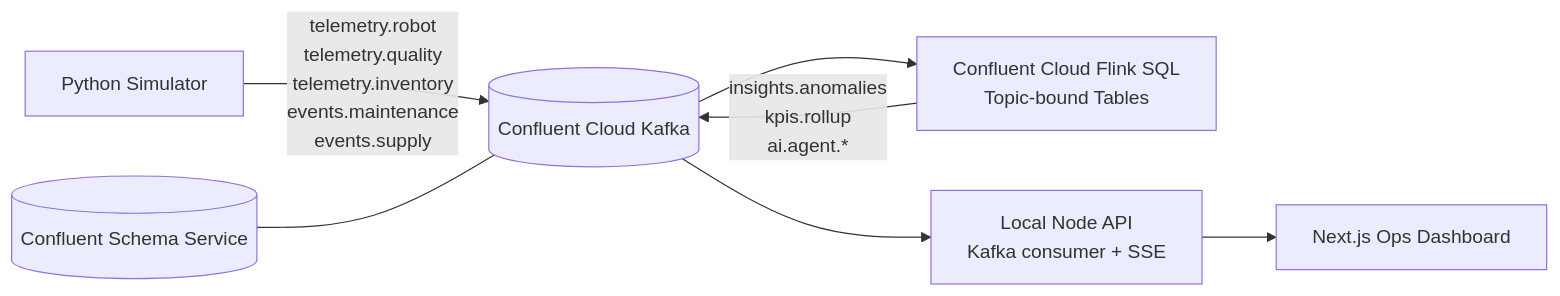
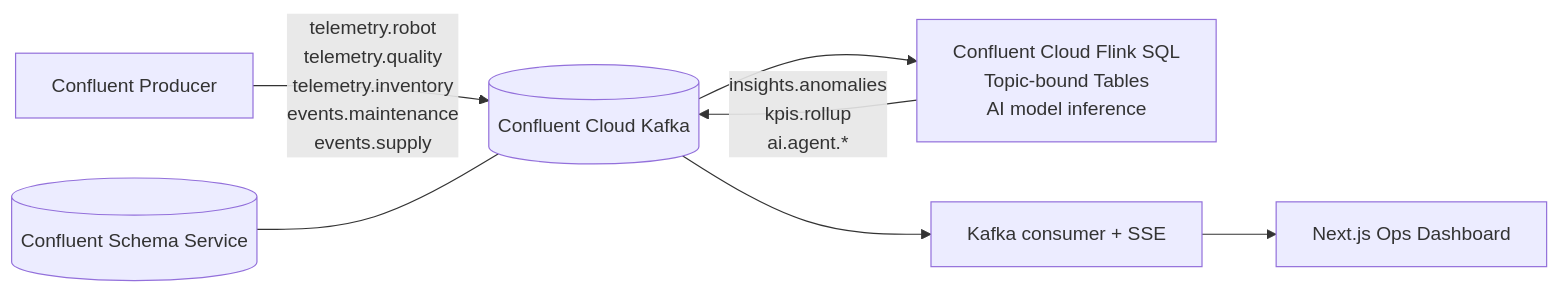
The diagram in README.md (ikartikk/confluent-ami), drawn with Mermaid before and after one commit. The commit also changed other lines of this file, not shown here.

Commit message:
push readme

````diff
--- a/README.md
+++ b/README.md
@@ -7,9 +7,9 @@
 ```mermaid
 flowchart LR
-  SIM[Python Simulator] -->|telemetry.robot<br/>telemetry.quality<br/>telemetry.inventory<br/>events.maintenance<br/>events.supply| KAFKA[(Confluent Cloud Kafka)]
-  KAFKA --> FLINK[Confluent Cloud Flink SQL<br/>Topic-bound Tables]
+  SIM[Confluent Producer] -->|telemetry.robot<br/>telemetry.quality<br/>telemetry.inventory<br/>events.maintenance<br/>events.supply| KAFKA[(Confluent Cloud Kafka)]
+  KAFKA --> FLINK[Confluent Cloud Flink SQL<br/>Topic-bound Tables<br/>AI model inference]
   FLINK -->|insights.anomalies<br/>kpis.rollup<br/>ai.agent.*| KAFKA
-  KAFKA --> API[Local Node API<br/>Kafka consumer + SSE]
+  KAFKA --> API[Kafka consumer + SSE]
   API --> WEB[Next.js Ops Dashboard]
   SCHEMA[(Confluent Schema Service)] --- KAFKA
 ```
````
